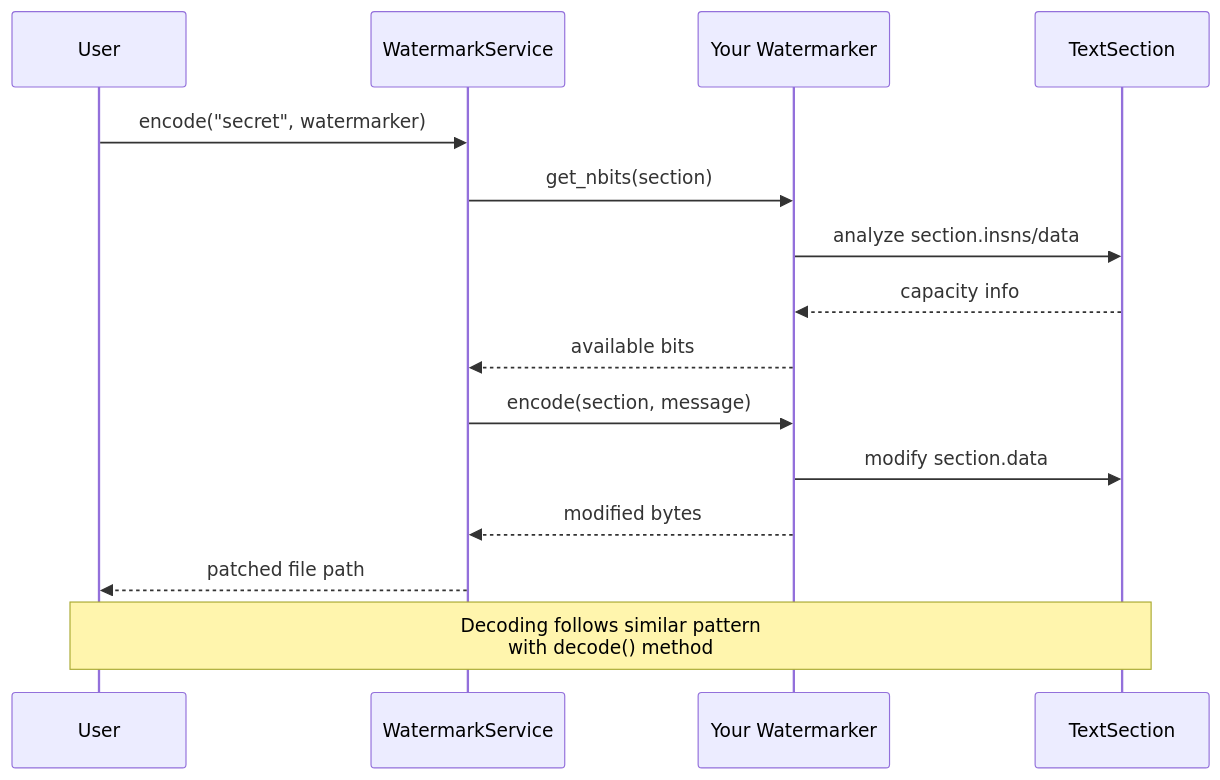
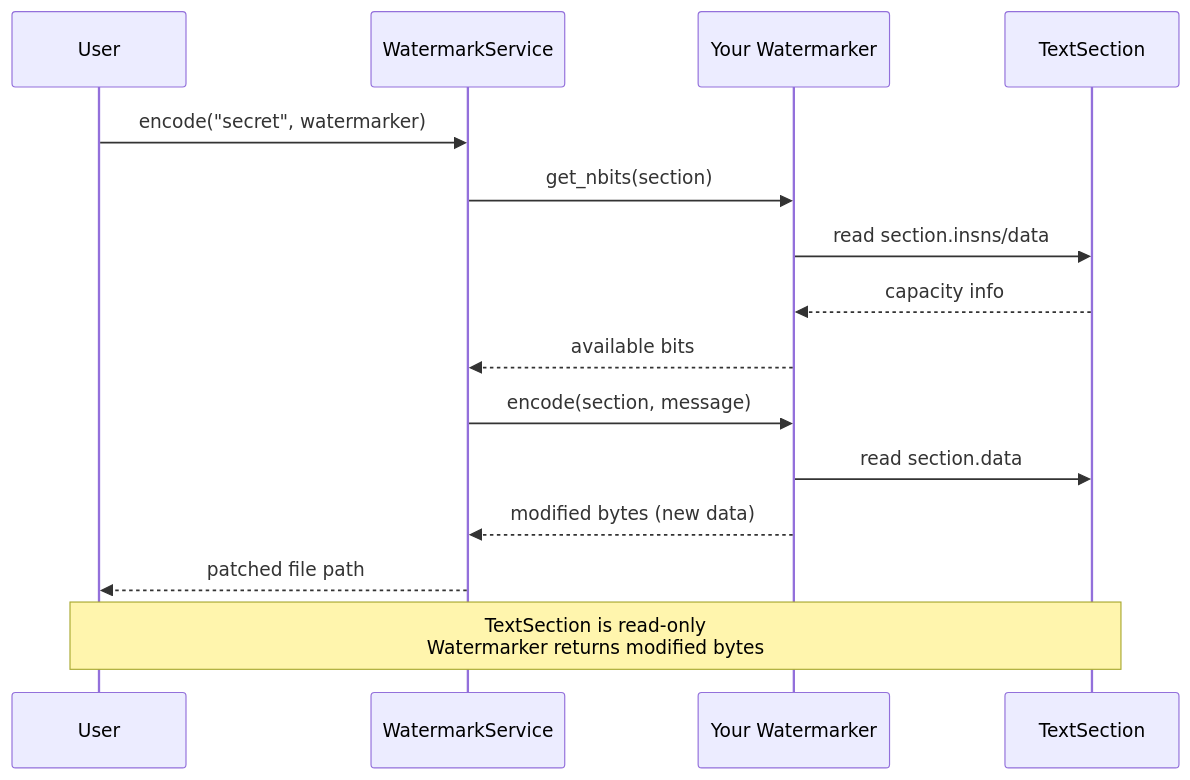
Before and after one commit to ylab-nsu/ws25-watermark: the third of 3 diagrams in docs/HowToWatermarker.md, drawn with Mermaid. The commit also changed other lines of this file and 2 other files, not shown here.

Commit message:
Refined README's and fixed watermarker guidelines

````diff
--- a/docs/HowToWatermarker.md
+++ b/docs/HowToWatermarker.md
@@ -137,20 +147,20 @@
 ```mermaid
 sequenceDiagram
     participant User
     participant WS as WatermarkService
     participant YW as Your Watermarker
     participant TS as TextSection
     
     User->>WS: encode("secret", watermarker)
     WS->>YW: get_nbits(section)
-    YW->>TS: analyze section.insns/data
+    YW->>TS: read section.insns/data
     TS-->>YW: capacity info
     YW-->>WS: available bits
     
     WS->>YW: encode(section, message)
-    YW->>TS: modify section.data
-    YW-->>WS: modified bytes
+    YW->>TS: read section.data
+    YW-->>WS: modified bytes (new data)
     WS-->>User: patched file path
     
-    Note over User,TS: Decoding follows similar pattern<br/>with decode() method
+    Note over User,TS: TextSection is read-only<br/>Watermarker returns modified bytes
 ```
````
